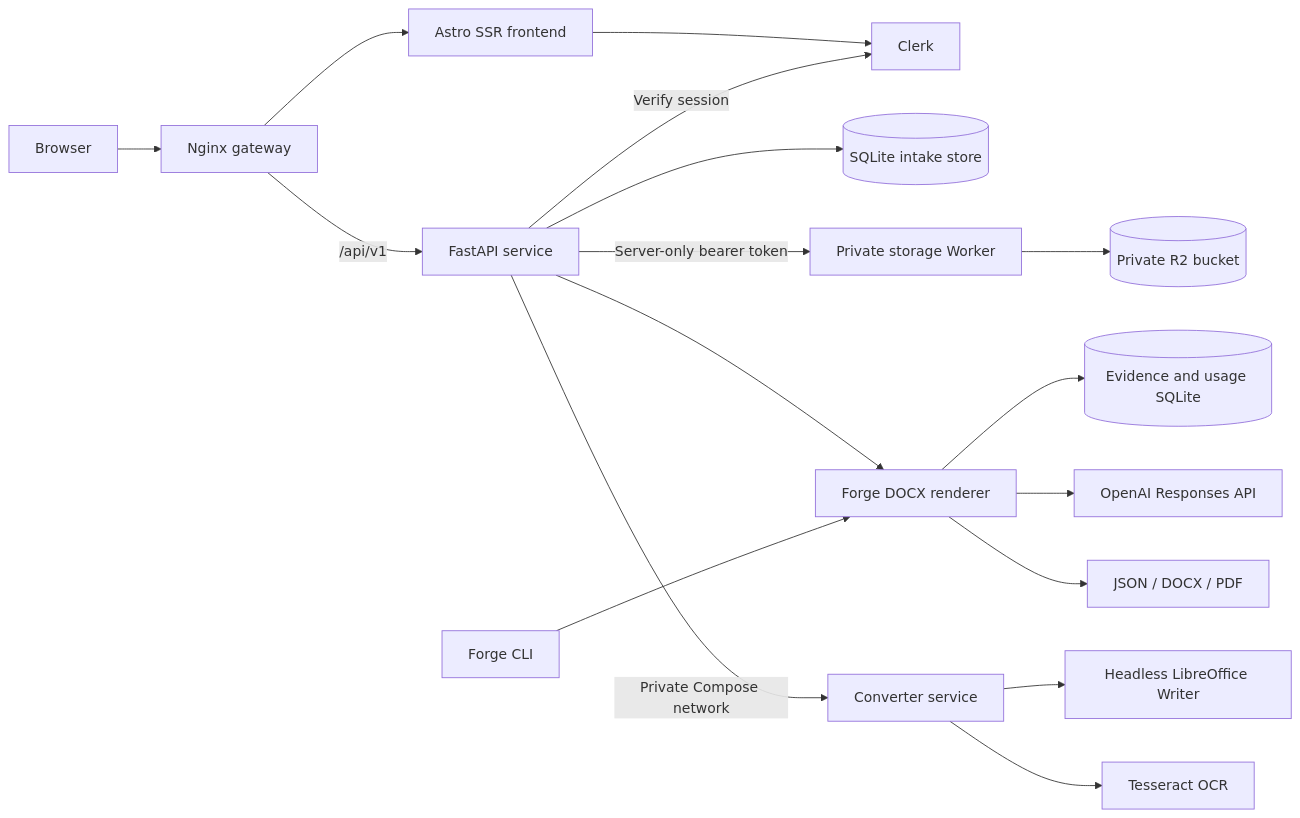
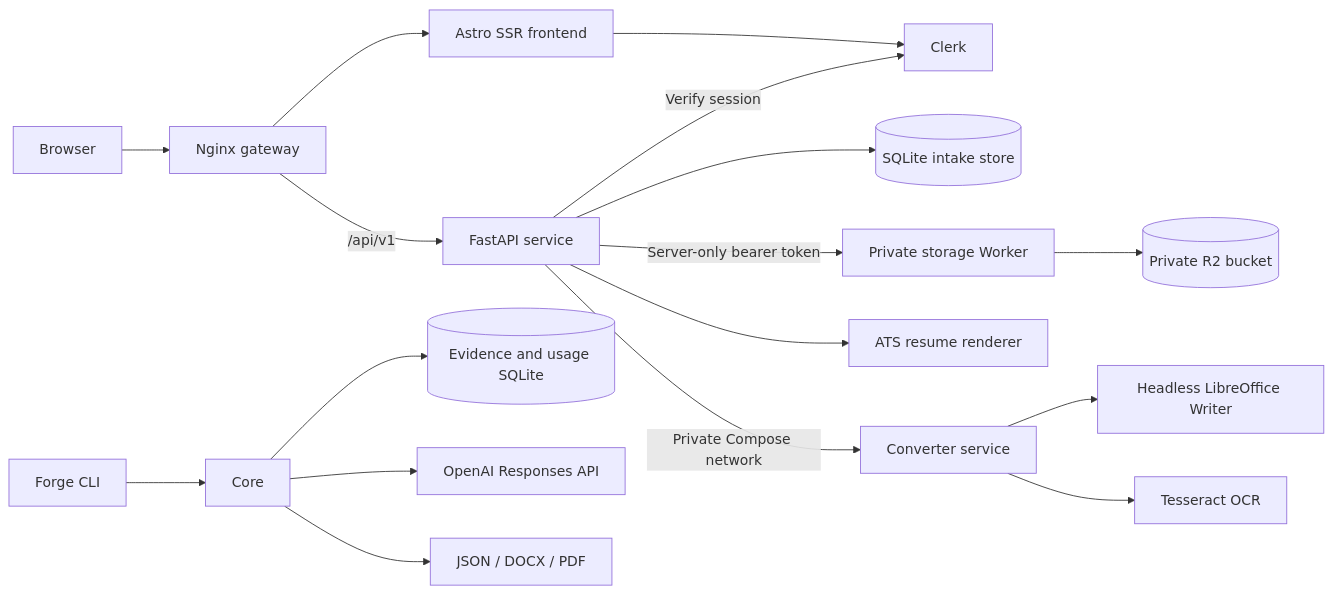
Before and after one commit to aminhaiqal/axelyn-forge: the diagram in docs/architecture.md, drawn with Mermaid. The commit also changed other lines of this file and 22 other files, not shown here.

Commit message:
feat: add guided ATS resume builder

````diff
--- a/docs/architecture.md
+++ b/docs/architecture.md
@@ -5,20 +5,20 @@
 ```mermaid
 flowchart LR
     Browser[Browser] --> Proxy[Nginx gateway]
     Proxy --> Frontend[Astro SSR frontend]
     Proxy -->|/api/v1| API[FastAPI service]
     Frontend --> Clerk[Clerk]
     API -->|Verify session| Clerk
     API --> Intake[(SQLite intake store)]
     API -->|Server-only bearer token| StorageWorker[Private storage Worker]
     StorageWorker --> R2[(Private R2 bucket)]
-    API --> Core[Forge DOCX renderer]
+    API --> ResumeRenderer[ATS resume renderer]
     API -->|Private Compose network| Converter[Converter service]
     Converter --> LibreOffice[Headless LibreOffice Writer]
     Converter --> Tesseract[Tesseract OCR]
 
     CLI[Forge CLI] --> Core
     Core --> Evidence[(Evidence and usage SQLite)]
     Core --> Provider[OpenAI Responses API]
     Core --> Artifacts[JSON / DOCX / PDF]
 ```
````
